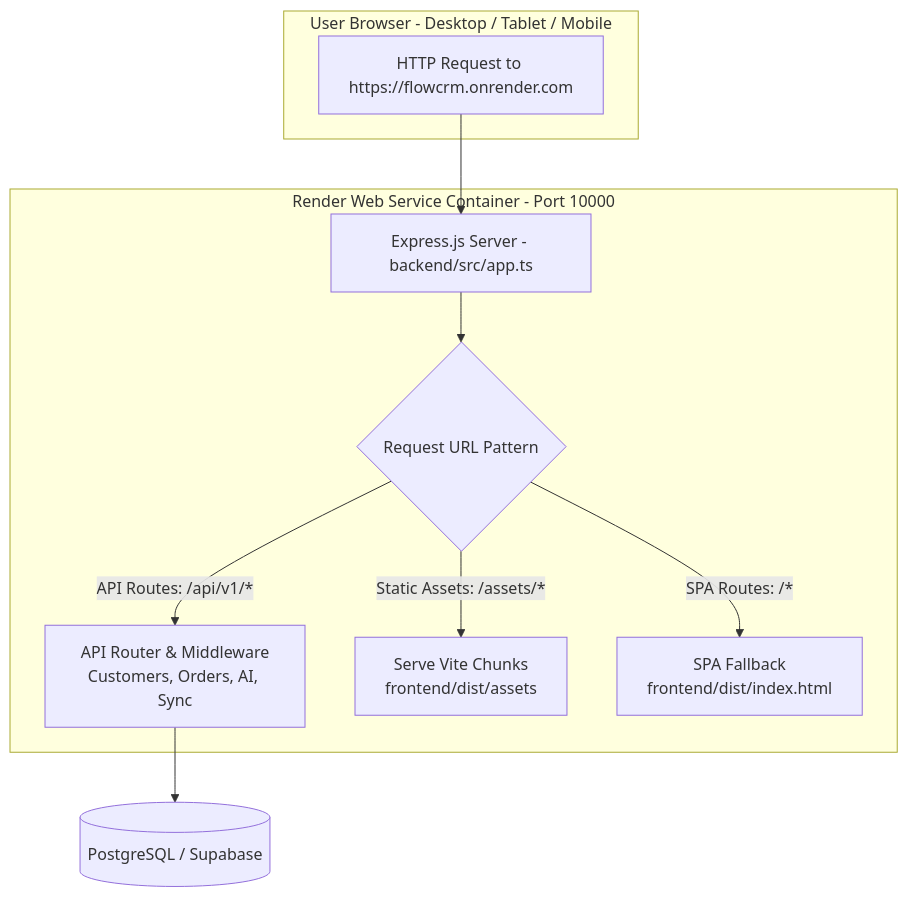
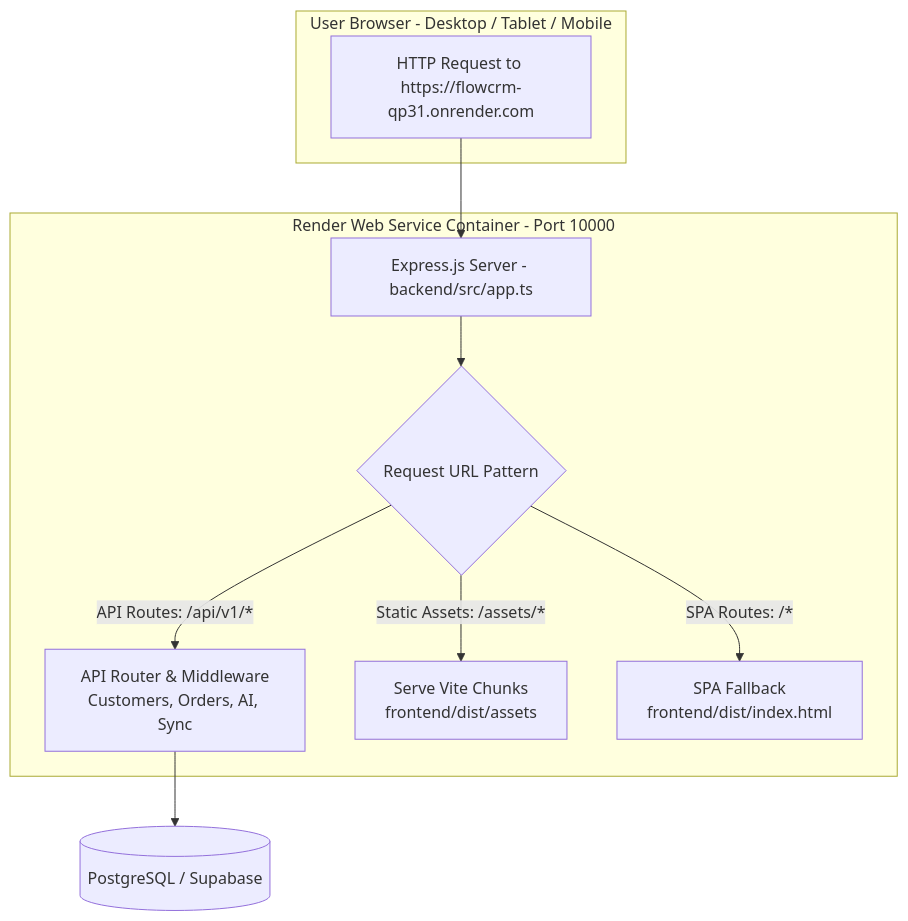
The sixth of 6 diagrams in README.md (ByteLounge/CRM), drawn with Mermaid before and after one commit. The commit also changed other lines of this file and 1 other file, not shown here.

Commit message:
docs: add live Render production URL (https://flowcrm-qp31.onrender.com) and deployment badges to README and guide

````diff
--- a/README.md
+++ b/README.md
@@ -294,21 +303,21 @@
 ```mermaid
 flowchart TD
     subgraph Browser ["User Browser - Desktop / Tablet / Mobile"]
-        UserReq["HTTP Request to https://flowcrm.onrender.com"]
+        UserReq["HTTP Request to https://flowcrm-qp31.onrender.com"]
     end
 
     subgraph RenderContainer ["Render Web Service Container - Port 10000"]
         ExpressApp["Express.js Server - backend/src/app.ts"]
         
         RouteCheck{"Request URL Pattern"}
         
         ExpressApp --> RouteCheck
         
         RouteCheck -- "API Routes: /api/v1/*" --> ApiRoutes["API Router & Middleware<br/>Customers, Orders, AI, Sync"]
         RouteCheck -- "Static Assets: /assets/*" --> StaticAssets["Serve Vite Chunks<br/>frontend/dist/assets"]
         RouteCheck -- "SPA Routes: /*" --> SPAFallback["SPA Fallback<br/>frontend/dist/index.html"]
     end
 
     UserReq --> ExpressApp
     ApiRoutes --> DB[("PostgreSQL / Supabase")]
 ```
````
